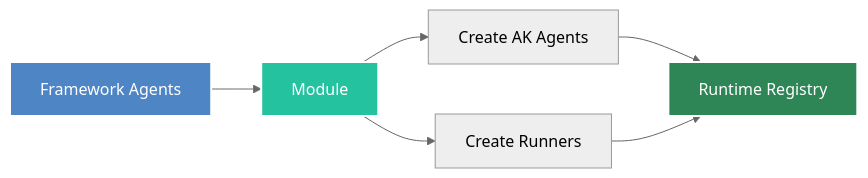
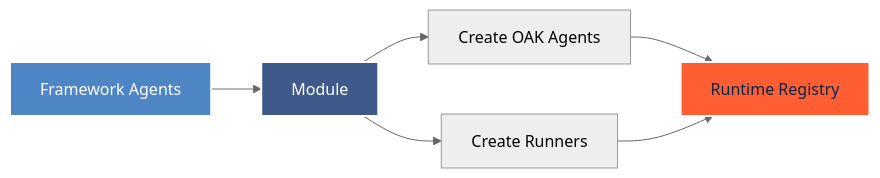
The first of 2 diagrams in docs/docs/core-concepts/module.md (yaalalabs/agent-kernel), drawn with Mermaid (neutral theme) before and after one commit. The commit also changed other lines of this file and 550 other files, not shown here.

````diff
--- a/docs/docs/core-concepts/module.md
+++ b/docs/docs/core-concepts/module.md
@@ -11,12 +11,12 @@
 ```mermaid
 graph LR
     A[Framework Agents] --> B[Module]
-    B --> C[Create AK Agents]
+    B --> C[Create OAK Agents]
     B --> D[Create Runners]
     C --> E[Runtime Registry]
     D --> E
     
     style A fill:#4e85c5,stroke:#fff,stroke-width:2px,color:#fff
-    style B fill:#25c2a0,stroke:#fff,stroke-width:2px,color:#fff
-    style E fill:#2e8555,stroke:#fff,stroke-width:2px,color:#fff
+    style B fill:#3F598A,stroke:#fff,stroke-width:2px,color:#fff
+    style E fill:#FF5E32,stroke:#fff,stroke-width:2px,color:#02284F
 ```
````
